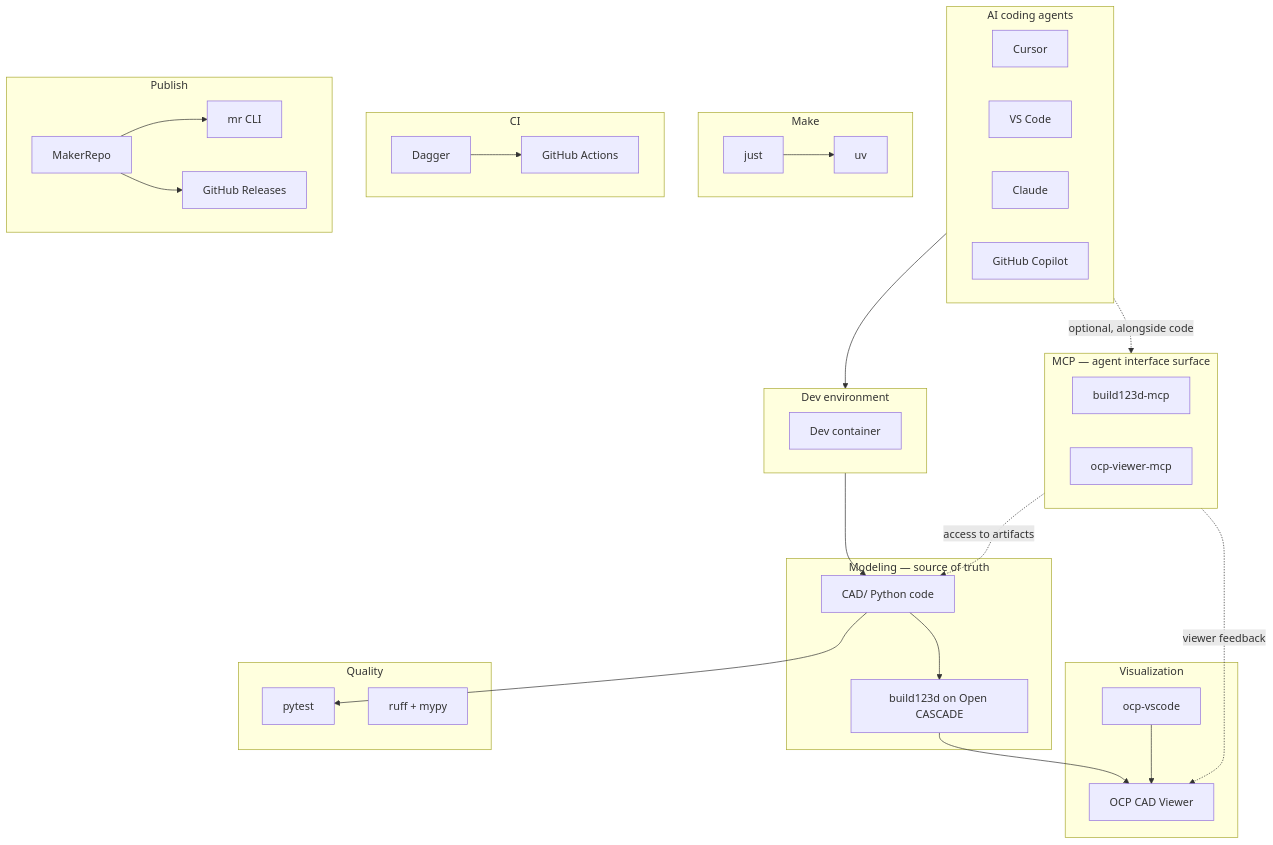
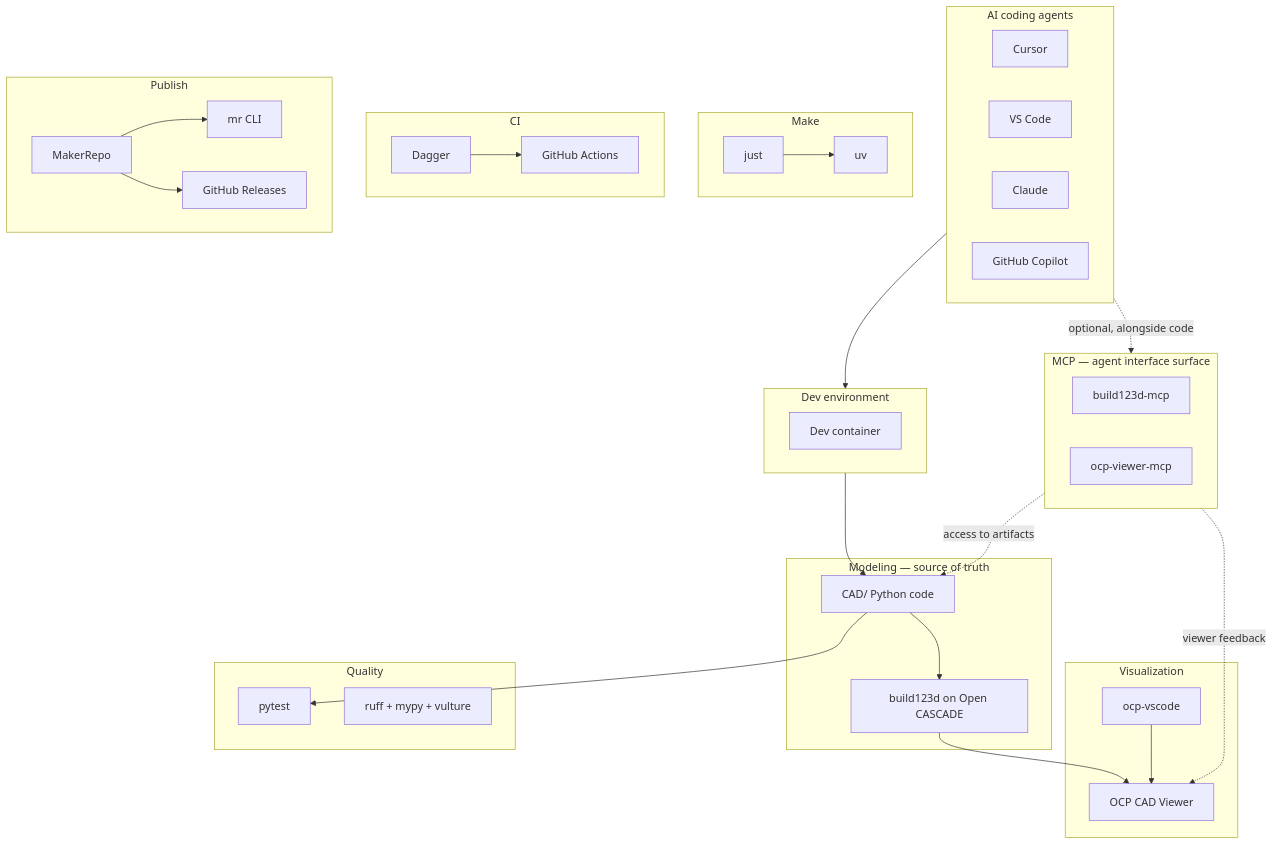
One commit to Coffee2Bits/CAD-as-Code-Template changed the diagram in website/docs/intro.md. Above: the diagram before and after it, drawn with Mermaid. The commit also changed other lines of this file and 29 other files, not shown here.

````diff
--- a/website/docs/intro.md
+++ b/website/docs/intro.md
@@ -33,63 +33,63 @@
 ```mermaid
 flowchart TB
   subgraph agents["AI coding agents"]
     CURSOR["Cursor"]
     VSCODE["VS Code"]
     CLAUDE["Claude"]
     COPILOT["GitHub Copilot"]
   end
 
   subgraph ide["Dev environment"]
     DC["Dev container"]
   end
 
   subgraph mcp["MCP — agent interface surface"]
     B123MCP["build123d-mcp"]
     OCPMCP["ocp-viewer-mcp"]
   end
 
   subgraph model["Modeling — source of truth"]
     CAD_SRC["CAD/ Python code"]
     B123D["build123d on Open CASCADE"]
   end
 
   subgraph viz["Visualization"]
     OCP["OCP CAD Viewer"]
     BRIDGE["ocp-vscode"]
   end
 
   subgraph quality["Quality"]
     PYTEST["pytest"]
-    RUFF["ruff + mypy"]
+    RUFF["ruff + mypy + vulture"]
   end
 
   subgraph make["Make"]
     JUST["just"]
     UV["uv"]
   end
 
   subgraph ci["CI"]
     DAGGER["Dagger"]
     GHA["GitHub Actions"]
   end
 
   subgraph publish["Publish"]
     MR["MakerRepo"]
     MRCLI["mr CLI"]
     REL["GitHub Releases"]
   end
 
   agents --> ide
   agents -.->|"optional, alongside code"| mcp
   ide --> CAD_SRC
   mcp -.->|"access to artifacts"| CAD_SRC
   mcp -.->|"viewer feedback"| OCP
   CAD_SRC --> B123D
   B123D --> OCP
   BRIDGE --> OCP
   CAD_SRC --> PYTEST
   JUST --> UV
   DAGGER --> GHA
   MR --> MRCLI
   MR --> REL
 ```
````
